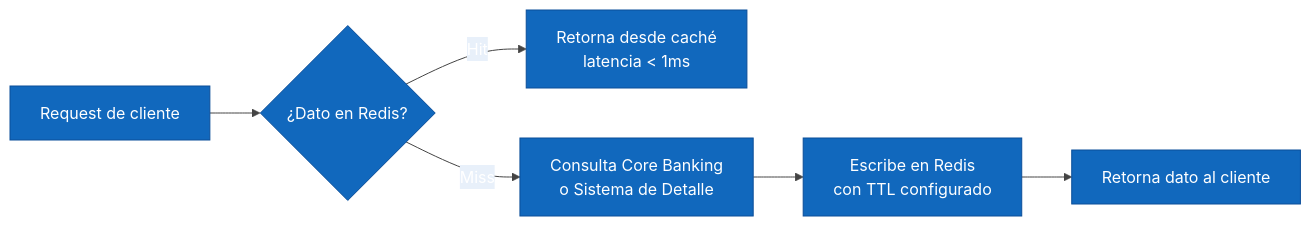
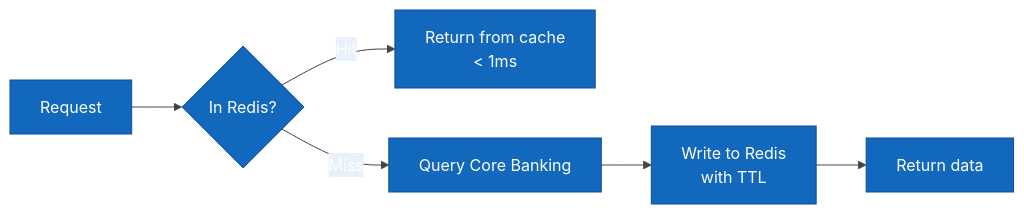
Before and after one commit to DavidVique1998/CV: the eighth of 11 diagrams in docs/origin/BP_BANKING_ARCHITECTURE.md, drawn with Mermaid. The commit also changed other lines of this file and 1 other file, not shown here.

Commit message:
docs: simplify BP_BANKING_ARCHITECTURE — group external systems, compact diagrams, horizontal PKCE flow

````diff
--- a/docs/origin/BP_BANKING_ARCHITECTURE.md
+++ b/docs/origin/BP_BANKING_ARCHITECTURE.md
@@ -270,9 +255,9 @@
 ```mermaid
 %%{init: {'theme': 'base', 'themeVariables': {'primaryColor': '#1168bd', 'primaryTextColor': '#ffffff', 'primaryBorderColor': '#0b4e99', 'lineColor': '#444444', 'secondaryColor': '#e8f0fa', 'tertiaryColor': '#f0f0f0'}}}%%
 flowchart LR
-    A[Request de cliente] --> B{¿Dato en Redis?}
-    B -- Hit --> C[Retorna desde caché\nlatencia < 1ms]
-    B -- Miss --> D[Consulta Core Banking\no Sistema de Detalle]
-    D --> E[Escribe en Redis\ncon TTL configurado]
-    E --> F[Retorna dato al cliente]
+    A[Request] --> B{In Redis?}
+    B -- Hit --> C[Return from cache\n< 1ms]
+    B -- Miss --> D[Query Core Banking]
+    D --> E[Write to Redis\nwith TTL]
+    E --> F[Return data]
 ```
````
